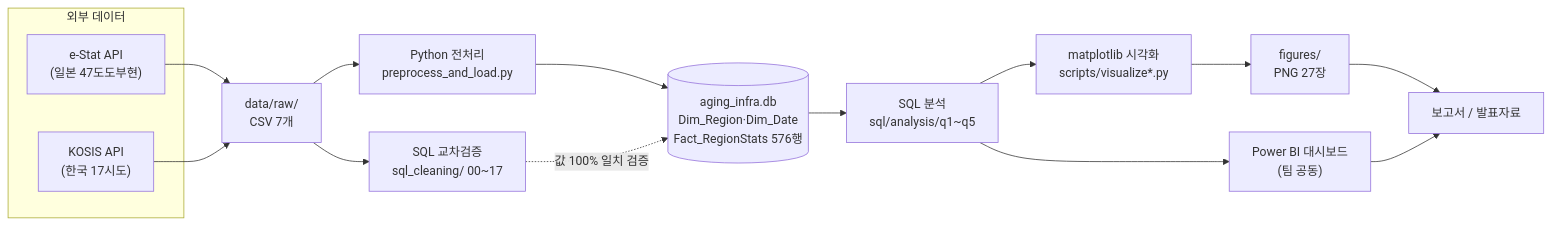
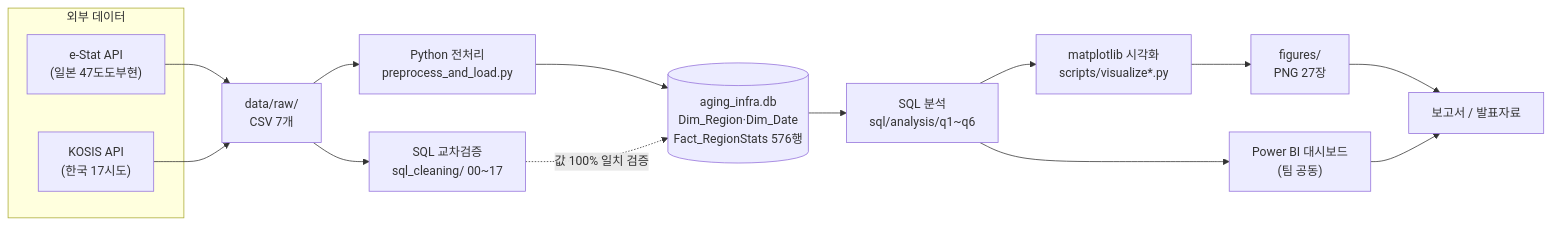
Before and after one commit to idfunnytaim-svg/aging-infra-kr-jp: the diagram in README.md, drawn with Mermaid. The commit also changed other lines of this file and 3 other files, not shown here.

````diff
--- a/README.md
+++ b/README.md
@@ -31,24 +32,24 @@
 ```mermaid
 flowchart LR
     subgraph Source["외부 데이터"]
         ESTAT["e-Stat API\n(일본 47도도부현)"]
         KOSIS["KOSIS API\n(한국 17시도)"]
     end
 
     ESTAT --> RAW["data/raw/\nCSV 7개"]
     KOSIS --> RAW
 
     RAW --> PY["Python 전처리\npreprocess_and_load.py"]
     RAW --> SQLV["SQL 교차검증\nsql_cleaning/ 00~17"]
 
     PY --> DB[("aging_infra.db\nDim_Region·Dim_Date\nFact_RegionStats 576행")]
     SQLV -. "값 100% 일치 검증" .-> DB
 
-    DB --> ANALYSIS["SQL 분석\nsql/analysis/q1~q5"]
+    DB --> ANALYSIS["SQL 분석\nsql/analysis/q1~q6"]
     ANALYSIS --> VIZ["matplotlib 시각화\nscripts/visualize*.py"]
     VIZ --> FIG["figures/\nPNG 27장"]
     ANALYSIS --> PBI["Power BI 대시보드\n(팀 공동)"]
 
     FIG --> REPORT["보고서 / 발표자료"]
     PBI --> REPORT
 ```
````
